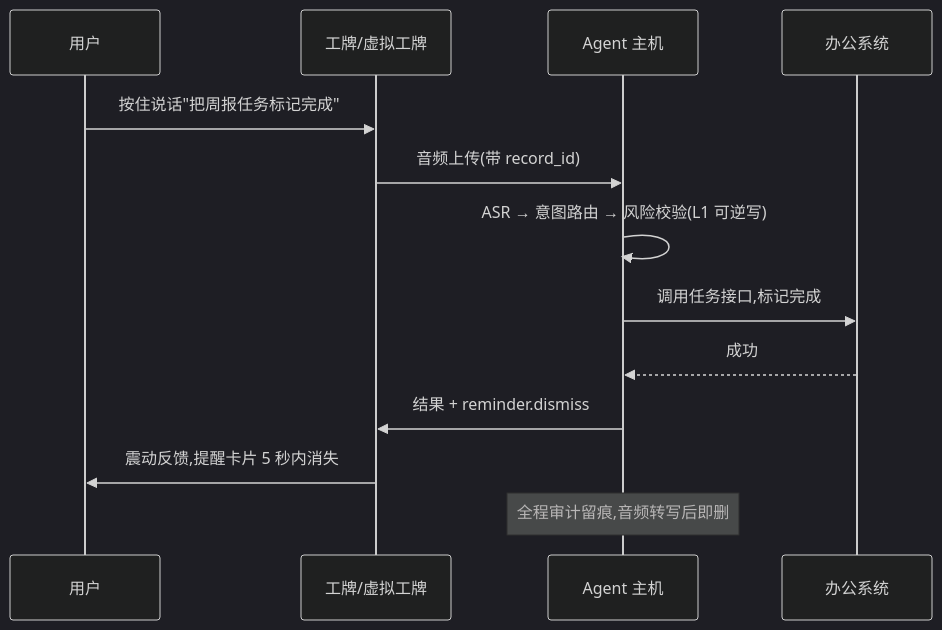
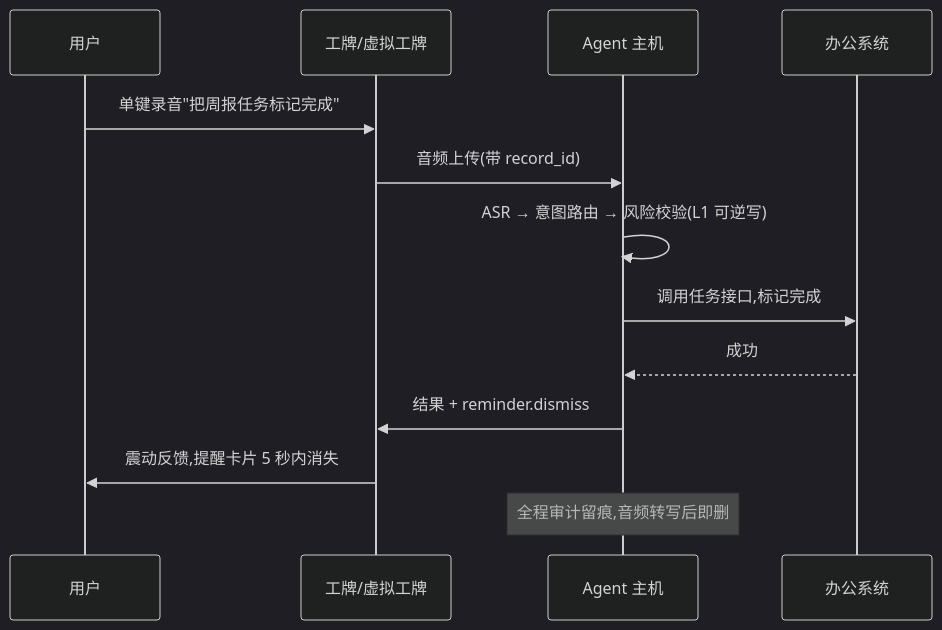
The third of 3 diagrams in docs/07-架构总览.md (Eric0703/office_agent), drawn with Mermaid (dark theme) before and after one commit. The commit also changed 40 other files, not shown here.

````diff
--- a/docs/07-架构总览.md
+++ b/docs/07-架构总览.md
@@ -68,16 +68,16 @@
 ```mermaid
 sequenceDiagram
   participant U as 用户
   participant B as 工牌/虚拟工牌
   participant H as Agent 主机
   participant O as 办公系统
 
-  U->>B: 按住说话"把周报任务标记完成"
+  U->>B: 单键录音"把周报任务标记完成"
   B->>H: 音频上传(带 record_id)
   H->>H: ASR → 意图路由 → 风险校验(L1 可逆写)
   H->>O: 调用任务接口,标记完成
   O-->>H: 成功
   H->>B: 结果 + reminder.dismiss
   B->>U: 震动反馈,提醒卡片 5 秒内消失
   Note over H: 全程审计留痕,音频转写后即删
 ```
````
